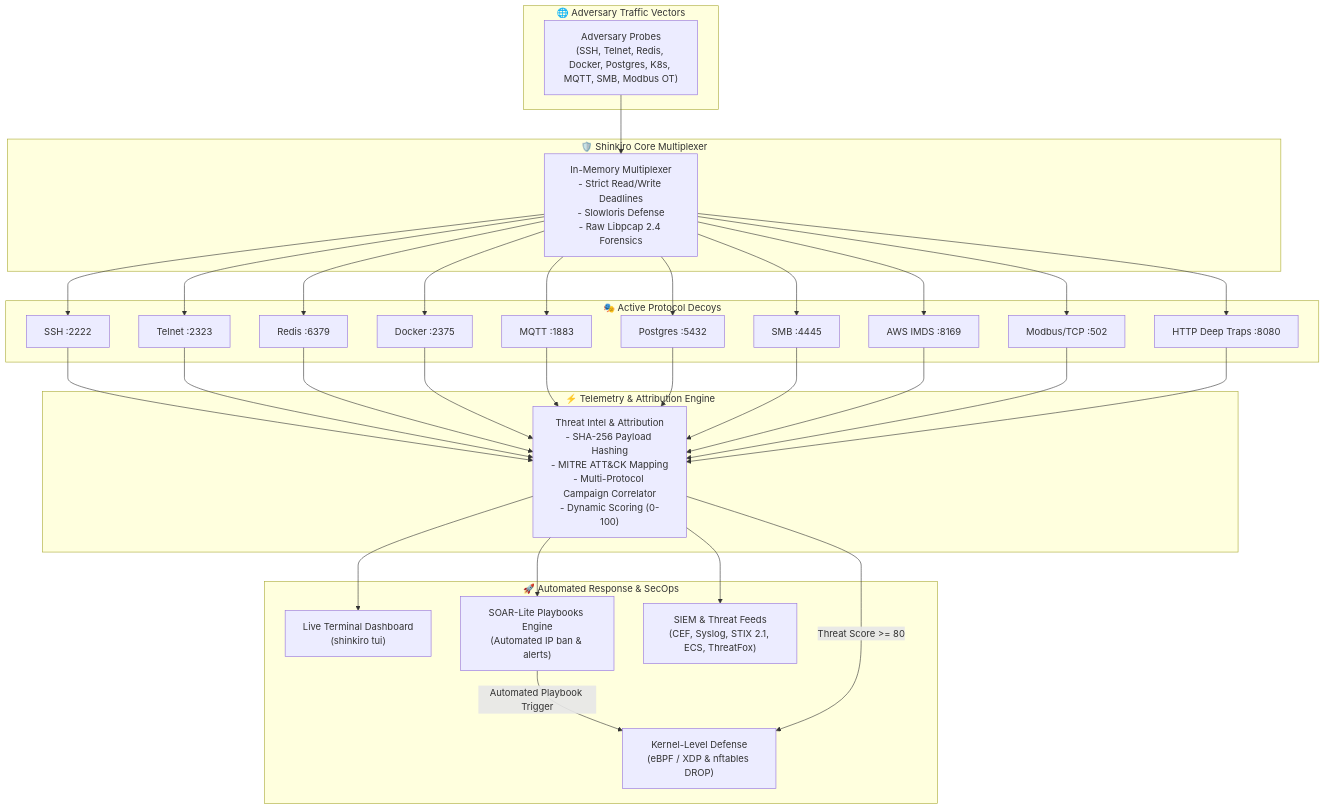
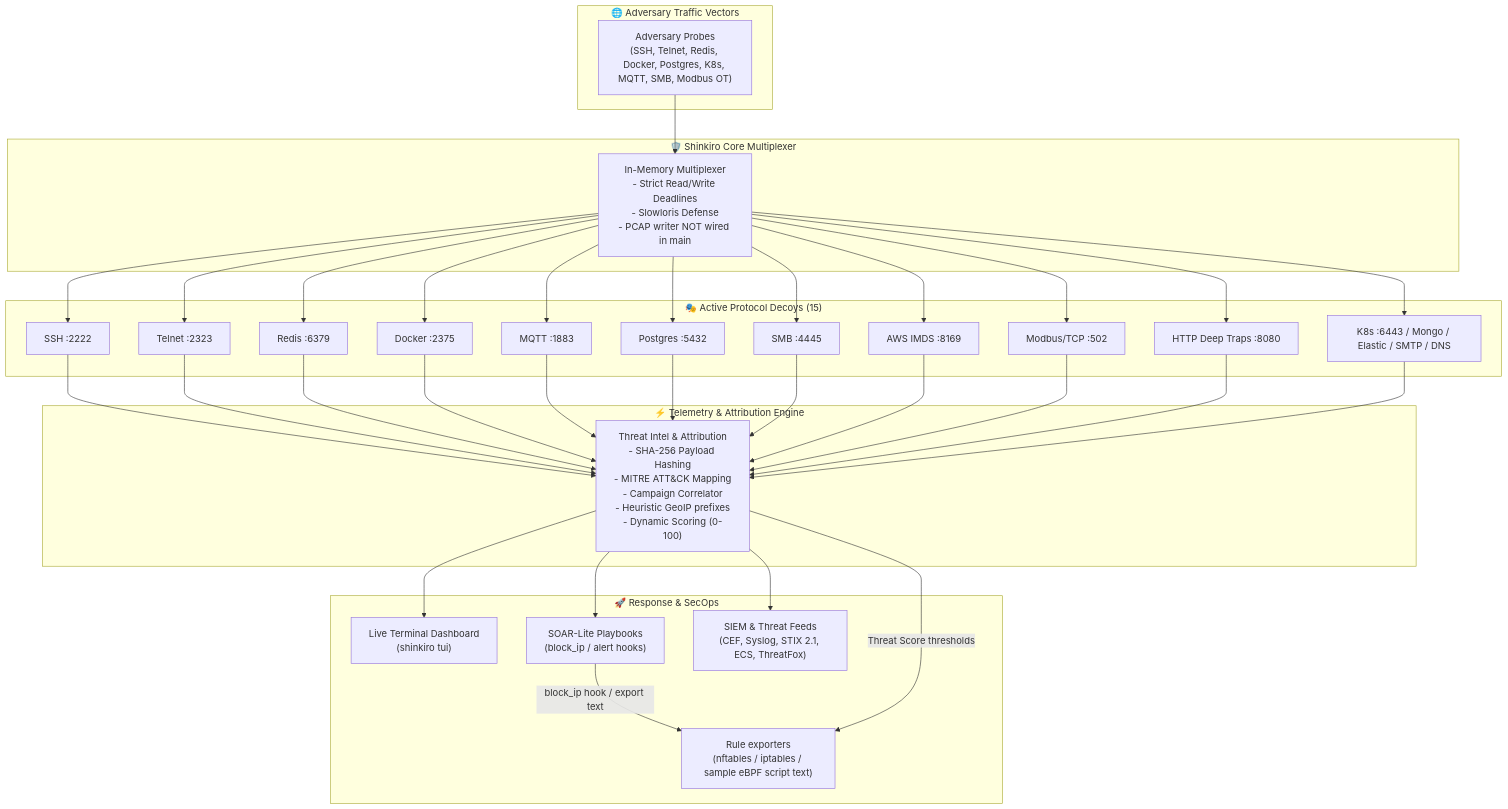
Before and after one commit to Haiagari/shinkiro: the diagram in README.md, drawn with Mermaid. The commit also changed other lines of this file and 8 other files, not shown here.

````diff
--- a/README.md
+++ b/README.md
@@ -27,63 +41,66 @@
 ```mermaid
 graph TD
     subgraph Adversary ["🌐 Adversary Traffic Vectors"]
         Attacker["Adversary Probes<br/>(SSH, Telnet, Redis, Docker, Postgres, K8s, MQTT, SMB, Modbus OT)"]
     end
 
     subgraph Core ["🛡️ Shinkiro Core Multiplexer"]
-        Mux["In-Memory Multiplexer<br/>- Strict Read/Write Deadlines<br/>- Slowloris Defense<br/>- Raw Libpcap 2.4 Forensics"]
+        Mux["In-Memory Multiplexer<br/>- Strict Read/Write Deadlines<br/>- Slowloris Defense<br/>- PCAP writer NOT wired in main"]
     end
 
-    subgraph Decoys ["🎭 Active Protocol Decoys"]
+    subgraph Decoys ["🎭 Active Protocol Decoys (15)"]
         D1["SSH :2222"]
         D2["Telnet :2323"]
         D3["Redis :6379"]
         D4["Docker :2375"]
         D5["MQTT :1883"]
         D6["Postgres :5432"]
         D7["SMB :4445"]
         D8["AWS IMDS :8169"]
         D9["Modbus/TCP :502"]
         D10["HTTP Deep Traps :8080"]
+        D11["K8s :6443 / Mongo / Elastic / SMTP / DNS"]
     end
 
     subgraph Pipeline ["⚡ Telemetry & Attribution Engine"]
-        Intel["Threat Intel & Attribution<br/>- SHA-256 Payload Hashing<br/>- MITRE ATT&CK Mapping<br/>- Multi-Protocol Campaign Correlator<br/>- Dynamic Scoring (0-100)"]
+        Intel["Threat Intel & Attribution<br/>- SHA-256 Payload Hashing<br/>- MITRE ATT&CK Mapping<br/>- Campaign Correlator<br/>- Heuristic GeoIP prefixes<br/>- Dynamic Scoring (0-100)"]
     end
 
-    subgraph Defense ["🚀 Automated Response & SecOps"]
+    subgraph Defense ["🚀 Response & SecOps"]
         TUI["Live Terminal Dashboard<br/>(shinkiro tui)"]
-        SOAR["SOAR-Lite Playbooks Engine<br/>(Automated IP ban & alerts)"]
+        SOAR["SOAR-Lite Playbooks<br/>(block_ip / alert hooks)"]
         SIEM["SIEM & Threat Feeds<br/>(CEF, Syslog, STIX 2.1, ECS, ThreatFox)"]
-        Drop["Kernel-Level Defense<br/>(eBPF / XDP & nftables DROP)"]
+        Drop["Rule exporters<br/>(nftables / iptables / sample eBPF script text)"]
     end
 
     Attacker --> Mux
     Mux --> D1
     Mux --> D2
     Mux --> D3
     Mux --> D4
     Mux --> D5
     Mux --> D6
     Mux --> D7
     Mux --> D8
     Mux --> D9
     Mux --> D10
+    Mux --> D11
 
     D1 --> Intel
     D2 --> Intel
     D3 --> Intel
     D4 --> Intel
     D5 --> Intel
     D6 --> Intel
     D7 --> Intel
     D8 --> Intel
     D9 --> Intel
     D10 --> Intel
+    D11 --> Intel
 
     Intel --> TUI
     Intel --> SOAR
     Intel --> SIEM
-    SOAR -->|Automated Playbook Trigger| Drop
-    Intel -->|Threat Score >= 80| Drop
+    SOAR -->|block_ip hook / export text| Drop
+    Intel -->|Threat Score thresholds| Drop
 ```
````
